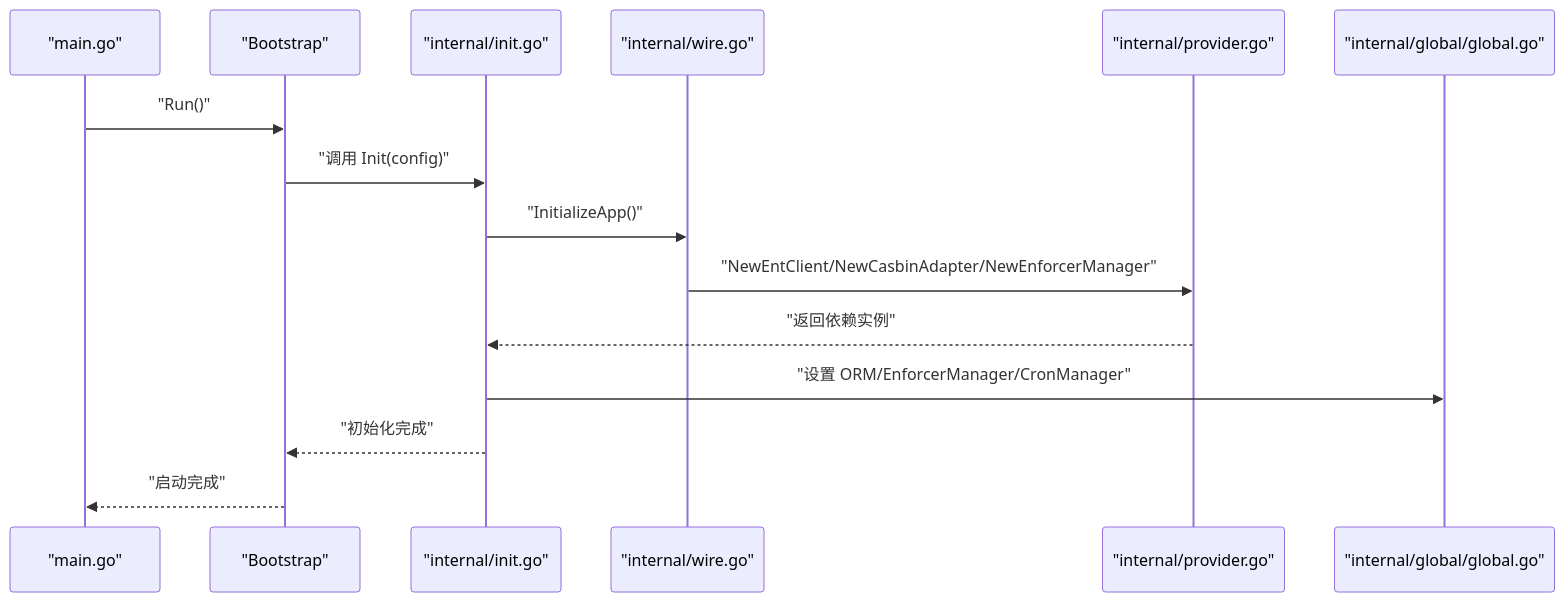
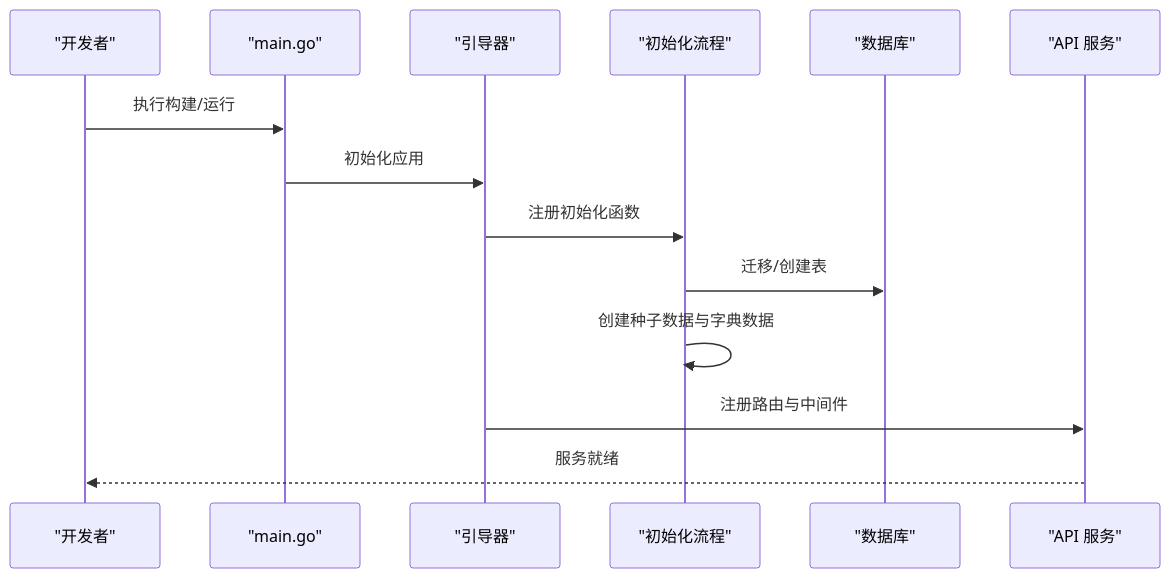
Before and after one commit to wuwuseo/e-sports-go-admin: the third of 4 diagrams in .qoder/repowiki/zh/content/快速开始.md, drawn with Mermaid. The commit also changed other lines of this file and 115 other files, not shown here.

````diff
--- a/.qoder/repowiki/zh/content/快速开始.md
+++ b/.qoder/repowiki/zh/content/快速开始.md
@@ -117,17 +179,16 @@
 ```mermaid
 sequenceDiagram
+participant Dev as "开发者"
 participant Main as "main.go"
-participant Boot as "Bootstrap"
-participant Init as "internal/init.go"
-participant Wire as "internal/wire.go"
-participant Prov as "internal/provider.go"
-participant Global as "internal/global/global.go"
-Main->>Boot : "Run()"
-Boot->>Init : "调用 Init(config)"
-Init->>Wire : "InitializeApp()"
-Wire->>Prov : "NewEntClient/NewCasbinAdapter/NewEnforcerManager"
-Prov-->>Init : "返回依赖实例"
-Init->>Global : "设置 ORM/EnforcerManager/CronManager"
-Init-->>Boot : "初始化完成"
-Boot-->>Main : "启动完成"
+participant Boot as "引导器"
+participant Init as "初始化流程"
+participant DB as "数据库"
+participant API as "API 服务"
+Dev->>Main : 执行构建/运行
+Main->>Boot : 初始化应用
+Boot->>Init : 注册初始化函数
+Init->>DB : 迁移/创建表
+Init->>Init : 创建种子数据与字典数据
+Boot->>API : 注册路由与中间件
+API-->>Dev : 服务就绪
 ```
````
